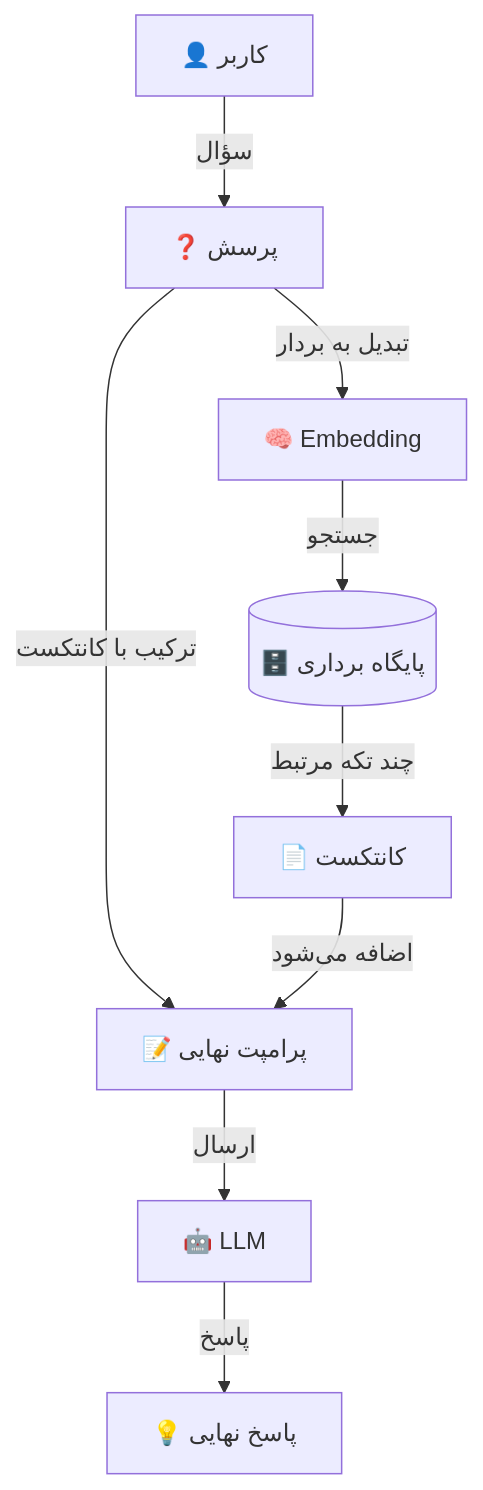
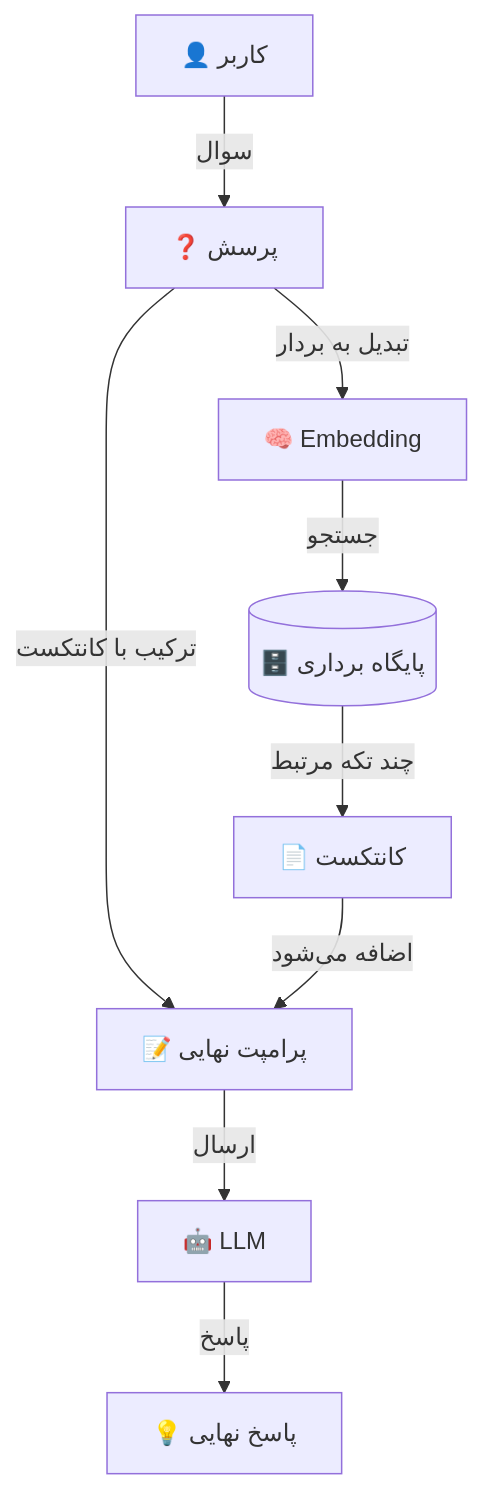
The seventh of 7 diagrams in README.md (3lf/llm-for-humans), drawn with Mermaid before and after one commit. The commit also changed other lines of this file, not shown here.

````diff
--- a/README.md
+++ b/README.md
@@ -4247,17 +4247,17 @@
 ```mermaid
 
 graph TD
-    U[👤 کاربر] -->|سؤال| Q[❓ پرسش]
+    U[👤 کاربر] -->|سوال| Q[❓ پرسش]
 
     Q -->|تبدیل به بردار| E[🧠 Embedding]
     E -->|جستجو| V[(🗄️ پایگاه برداری)]
     V -->|چند تکه مرتبط| C[📄 کانتکست]
 
     Q -->|ترکیب با کانتکست| P[📝 پرامپت نهایی]
     C -->|اضافه می‌شود| P
 
     P -->|ارسال| L[🤖 LLM]
     L -->|پاسخ| A[💡 پاسخ نهایی]
 
 
 ```
````
